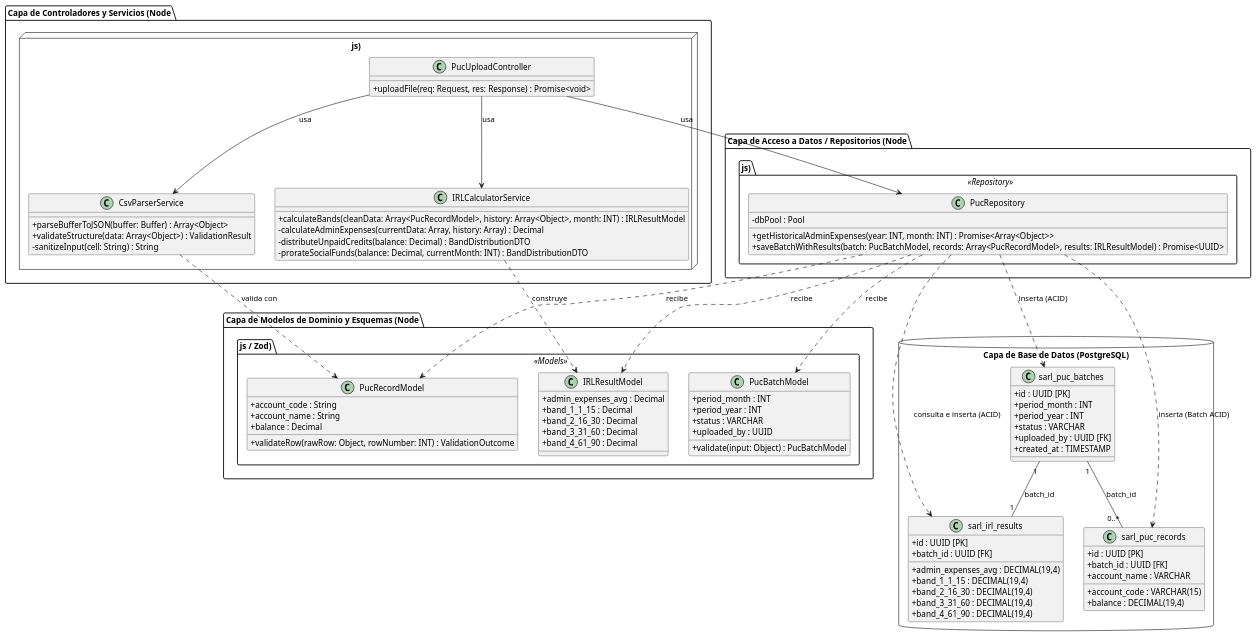
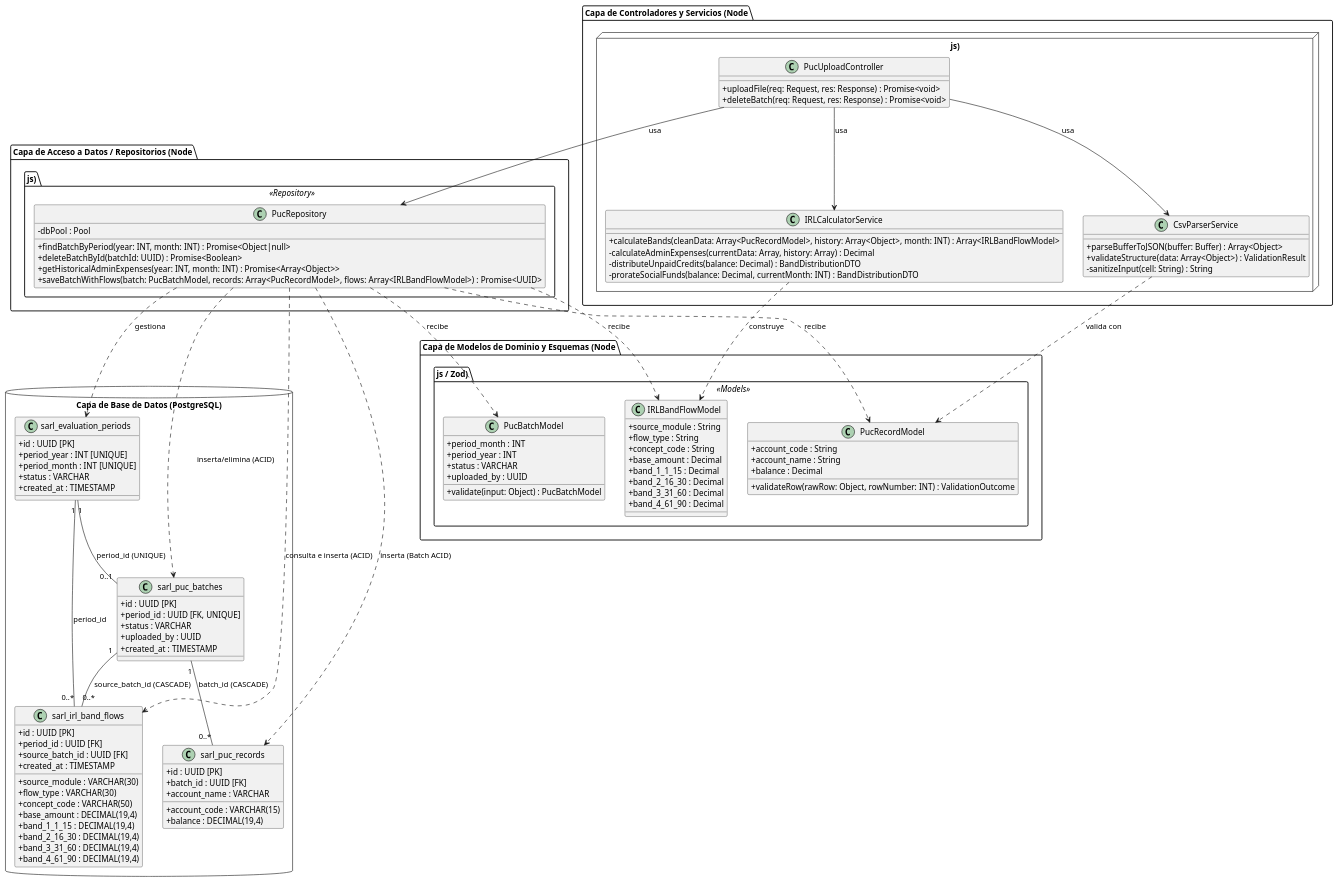
The second of 2 diagrams in SARL/MODULO 1/DIAGRAMA_UML.md (DoctorLepra/coocalpro-IRL), drawn with PlantUML before and after one commit. The commit also changed other lines of this file and 10 other files, not shown here.

Commit message:
Creacion de middleware de carga de archivos CSV, creacion de schema.sql para las tablas de carga de puc

````diff
--- a/SARL/MODULO 1/DIAGRAMA_UML.md
+++ b/SARL/MODULO 1/DIAGRAMA_UML.md
@@ -106,12 +122,19 @@
 skinparam classAttributeIconSize 0
 
 package "Capa de Base de Datos (PostgreSQL)" <<Database>> {
+    class sarl_evaluation_periods {
+        + id : UUID [PK]
+        + period_year : INT [UNIQUE]
+        + period_month : INT [UNIQUE]
+        + status : VARCHAR
+        + created_at : TIMESTAMP
+    }
+
     class sarl_puc_batches {
         + id : UUID [PK]
-        + period_month : INT
-        + period_year : INT
+        + period_id : UUID [FK, UNIQUE]
         + status : VARCHAR
-        + uploaded_by : UUID [FK]
+        + uploaded_by : UUID
         + created_at : TIMESTAMP
     }
 
@@ -123,24 +146,32 @@
         + balance : DECIMAL(19,4)
     }
 
-    class sarl_irl_results {
+    class sarl_irl_band_flows {
         + id : UUID [PK]
-        + batch_id : UUID [FK]
-        + admin_expenses_avg : DECIMAL(19,4)
+        + period_id : UUID [FK]
+        + source_batch_id : UUID [FK]
+        + source_module : VARCHAR(30)
+        + flow_type : VARCHAR(30)
+        + concept_code : VARCHAR(50)
+        + base_amount : DECIMAL(19,4)
         + band_1_1_15 : DECIMAL(19,4)
         + band_2_16_30 : DECIMAL(19,4)
         + band_3_31_60 : DECIMAL(19,4)
         + band_4_61_90 : DECIMAL(19,4)
+        + created_at : TIMESTAMP
     }
 
-    sarl_puc_batches "1" -- "0..*" sarl_puc_records : batch_id
-    sarl_puc_batches "1" -- "1" sarl_irl_results : batch_id
+    sarl_evaluation_periods "1" -- "0..1" sarl_puc_batches : period_id (UNIQUE)
+    sarl_evaluation_periods "1" -- "0..*" sarl_irl_band_flows : period_id
+    sarl_puc_batches "1" -- "0..*" sarl_puc_records : batch_id (CASCADE)
+    sarl_puc_batches "1" -- "0..*" sarl_irl_band_flows : source_batch_id (CASCADE)
 }
 
 package "Capa de Controladores y Servicios (Node.js)" <<Node>> {
     
     class PucUploadController {
         + uploadFile(req: Request, res: Response) : Promise<void>
+        + deleteBatch(req: Request, res: Response) : Promise<void>
     }
 
     class CsvParserService {
@@ -150,7 +181,7 @@
     }
 
     class IRLCalculatorService {
-        + calculateBands(cleanData: Array<PucRecordModel>, history: Array<Object>, month: INT) : IRLResultModel
+        + calculateBands(cleanData: Array<PucRecordModel>, history: Array<Object>, month: INT) : Array<IRLBandFlowModel>
         - calculateAdminExpenses(currentData: Array, history: Array) : Decimal
         - distributeUnpaidCredits(balance: Decimal) : BandDistributionDTO
         - prorateSocialFunds(balance: Decimal, currentMonth: INT) : BandDistributionDTO
@@ -174,8 +205,11 @@
         + validateRow(rawRow: Object, rowNumber: INT) : ValidationOutcome
     }
 
-    class IRLResultModel {
-        + admin_expenses_avg : Decimal
+    class IRLBandFlowModel {
+        + source_module : String
+        + flow_type : String
+        + concept_code : String
+        + base_amount : Decimal
         + band_1_1_15 : Decimal
         + band_2_16_30 : Decimal
         + band_3_31_60 : Decimal
@@ -187,8 +221,10 @@
 
     class PucRepository {
         - dbPool : Pool
+        + findBatchByPeriod(year: INT, month: INT) : Promise<Object|null>
+        + deleteBatchById(batchId: UUID) : Promise<Boolean>
         + getHistoricalAdminExpenses(year: INT, month: INT) : Promise<Array<Object>>
-        + saveBatchWithResults(batch: PucBatchModel, records: Array<PucRecordModel>, results: IRLResultModel) : Promise<UUID>
+        + saveBatchWithFlows(batch: PucBatchModel, records: Array<PucRecordModel>, flows: Array<IRLBandFlowModel>) : Promise<UUID>
     }
 }
 
@@ -196,12 +232,13 @@
 PucUploadController --> IRLCalculatorService : usa
 PucUploadController --> PucRepository : usa
 CsvParserService ..> PucRecordModel : valida con
-IRLCalculatorService ..> IRLResultModel : construye
+IRLCalculatorService ..> IRLBandFlowModel : construye
 PucRepository ..> PucBatchModel : recibe
 PucRepository ..> PucRecordModel : recibe
-PucRepository ..> IRLResultModel : recibe
-PucRepository ..> sarl_puc_batches : inserta (ACID)
+PucRepository ..> IRLBandFlowModel : recibe
+PucRepository ..> sarl_evaluation_periods : gestiona
+PucRepository ..> sarl_puc_batches : inserta/elimina (ACID)
 PucRepository ..> sarl_puc_records : inserta (Batch ACID)
-PucRepository ..> sarl_irl_results : consulta e inserta (ACID)
+PucRepository ..> sarl_irl_band_flows : consulta e inserta (ACID)
 @enduml
 ```
````
